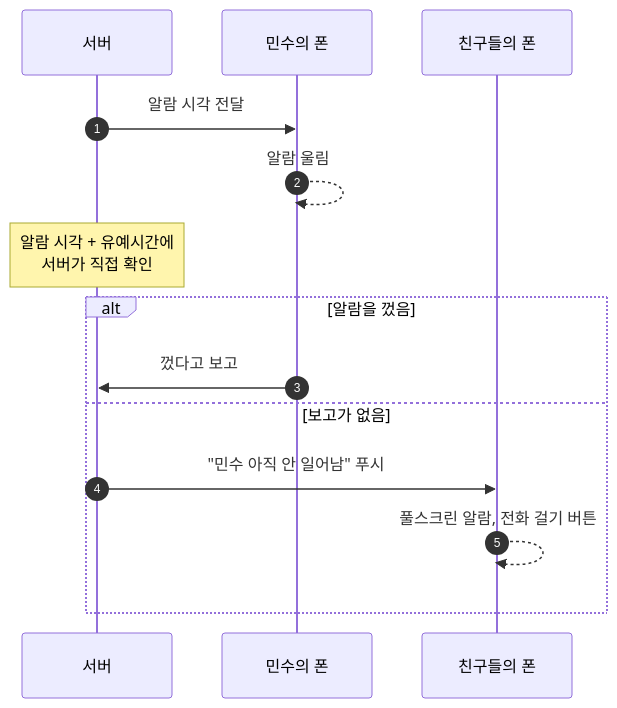
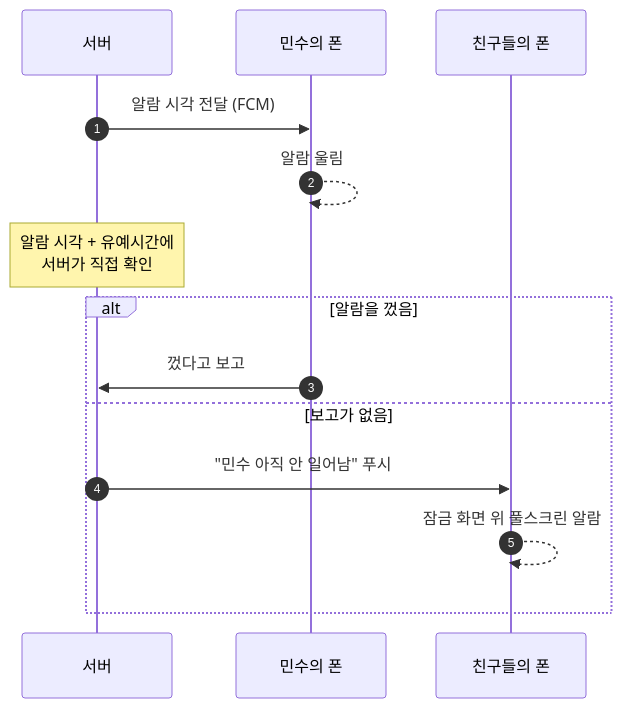
Before and after one commit to CodingSilcoon/jeongjungang: the second of 2 diagrams in README.md, drawn with Mermaid. The commit also changed other lines of this file and 3 other files, not shown here.

````diff
--- a/README.md
+++ b/README.md
@@ -87,16 +113,16 @@
 ```mermaid
 sequenceDiagram
     autonumber
     participant S as 서버
     participant M as 민수의 폰
     participant F as 친구들의 폰
-    S->>M: 알람 시각 전달
+    S->>M: 알람 시각 전달 (FCM)
     M-->>M: 알람 울림
     Note over S: 알람 시각 + 유예시간에<br/>서버가 직접 확인
     alt 알람을 껐음
         M->>S: 껐다고 보고
     else 보고가 없음
         S->>F: "민수 아직 안 일어남" 푸시
-        F-->>F: 풀스크린 알람, 전화 걸기 버튼
+        F-->>F: 잠금 화면 위 풀스크린 알람
     end
 ```
````
